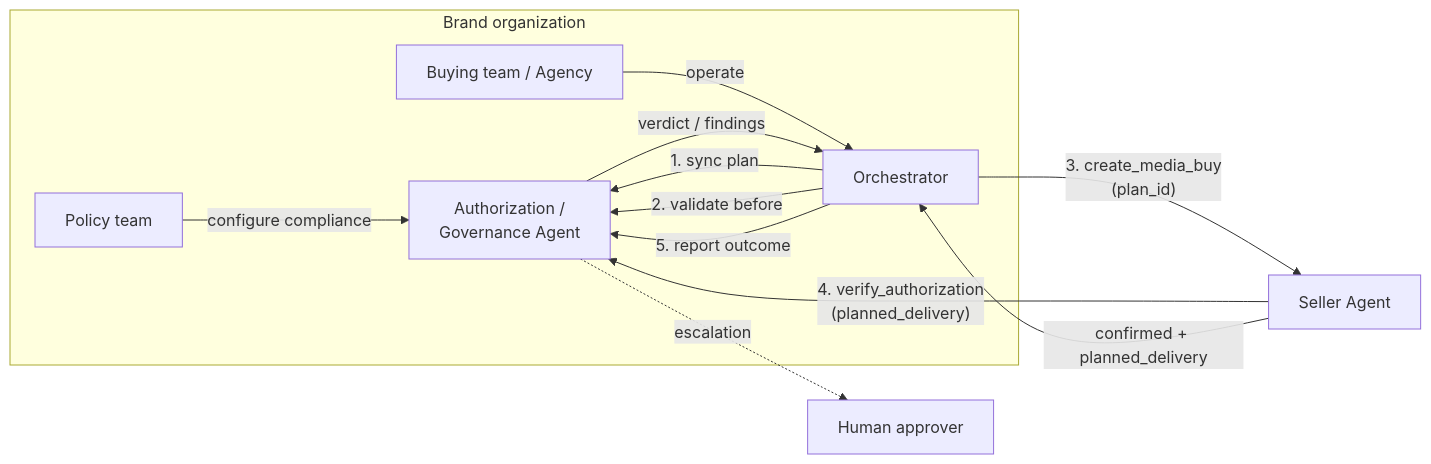
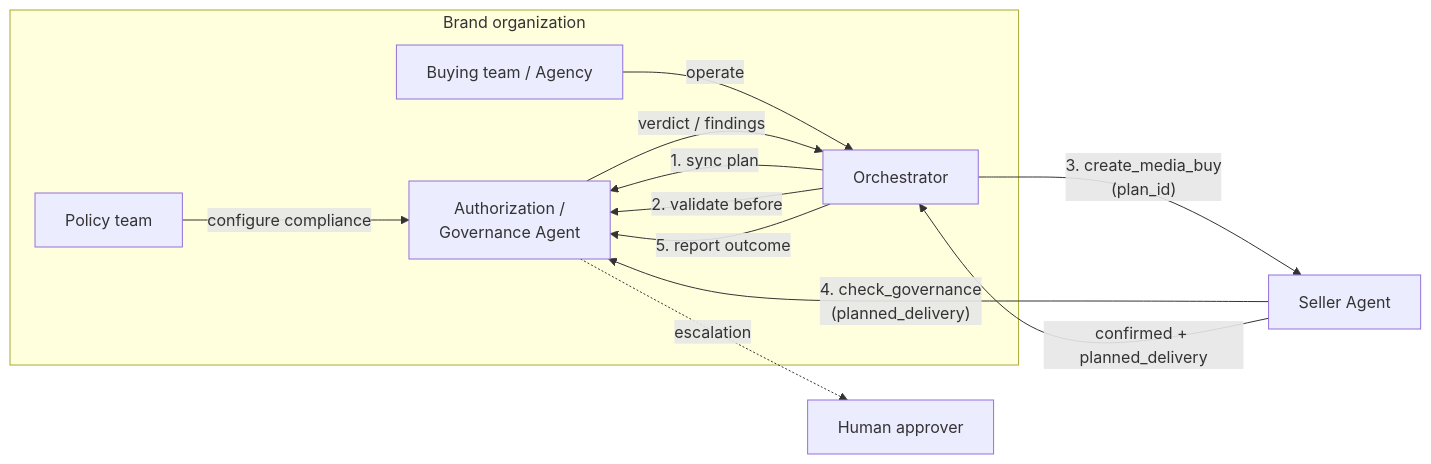
Before and after one commit to adcontextprotocol/adcp: the diagram in docs/governance/campaign/index.mdx, drawn with Mermaid. The commit also changed other lines of this file and 17 other files, not shown here.

First line of the commit message:
refactor: rename authorization → governance terminology

````diff
--- a/docs/governance/campaign/index.mdx
+++ b/docs/governance/campaign/index.mdx
@@ -34,20 +34,20 @@
 ```mermaid
 flowchart LR
     subgraph brand["Brand organization"]
         policy["Policy team"]
         buying["Buying team / Agency"]
         orchestrator["Orchestrator"]
         gov["Authorization /<br/>Governance Agent"]
         policy -->|"configure compliance"| gov
         buying -->|"operate"| orchestrator
         orchestrator -->|"1. sync plan"| gov
         orchestrator -->|"2. validate before"| gov
         orchestrator -->|"5. report outcome"| gov
         gov -->|"verdict / findings"| orchestrator
     end
 
     orchestrator -->|"3. create_media_buy<br/>(plan_id)"| seller["Seller Agent"]
-    seller -->|"4. verify_authorization<br/>(planned_delivery)"| gov
+    seller -->|"4. check_governance<br/>(planned_delivery)"| gov
     seller -->|"confirmed + planned_delivery"| orchestrator
     gov -.->|"escalation"| human["Human approver"]
 ```
````
